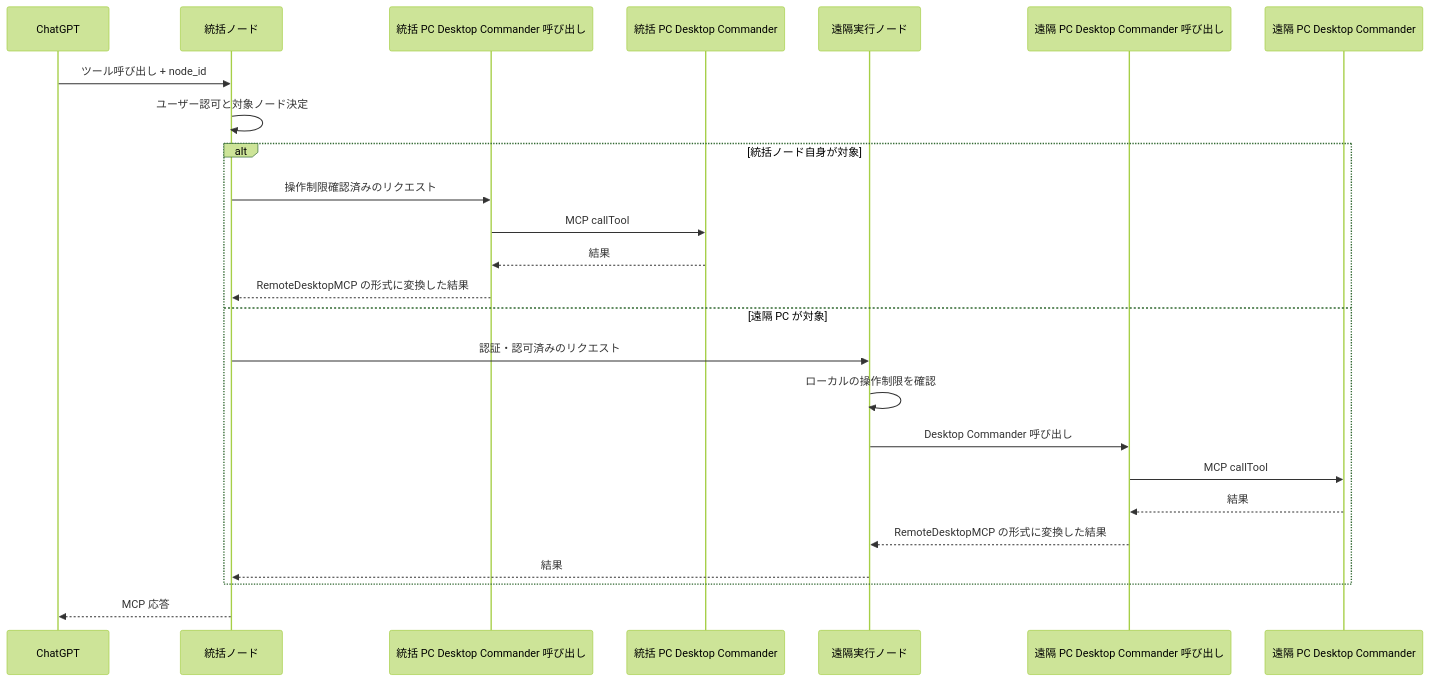
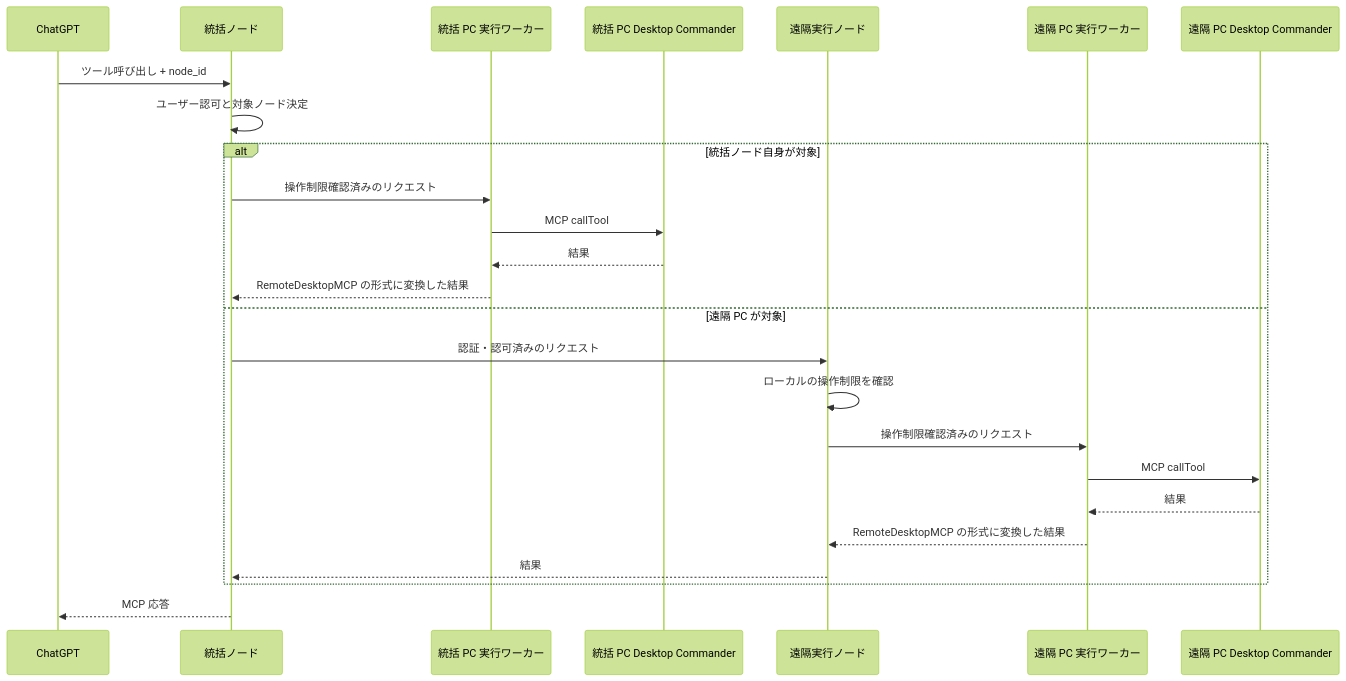
The second of 2 diagrams in doc/design/multi-pc-architecture.md (ssaattww/RemoteDesktopMCP), drawn with Mermaid (forest theme) before and after one commit. The commit also changed other lines of this file and 3 other files, not shown here.

````diff
--- a/doc/design/multi-pc-architecture.md
+++ b/doc/design/multi-pc-architecture.md
@@ -336,28 +397,28 @@
 ```mermaid
 sequenceDiagram
     participant U as ChatGPT
     participant C as 統括ノード
-    participant LA as 統括 PC Desktop Commander 呼び出し
+    participant LA as 統括 PC 実行ワーカー
     participant LD as 統括 PC Desktop Commander
     participant R as 遠隔実行ノード
-    participant RA as 遠隔 PC Desktop Commander 呼び出し
+    participant RA as 遠隔 PC 実行ワーカー
     participant RD as 遠隔 PC Desktop Commander
 
     U->>C: ツール呼び出し + node_id
     C->>C: ユーザー認可と対象ノード決定
     alt 統括ノード自身が対象
         C->>LA: 操作制限確認済みのリクエスト
         LA->>LD: MCP callTool
         LD-->>LA: 結果
         LA-->>C: RemoteDesktopMCP の形式に変換した結果
     else 遠隔 PC が対象
         C->>R: 認証・認可済みのリクエスト
         R->>R: ローカルの操作制限を確認
-        R->>RA: Desktop Commander 呼び出し
+        R->>RA: 操作制限確認済みのリクエスト
         RA->>RD: MCP callTool
         RD-->>RA: 結果
         RA-->>R: RemoteDesktopMCP の形式に変換した結果
         R-->>C: 結果
     end
     C-->>U: MCP 応答
 ```
````
